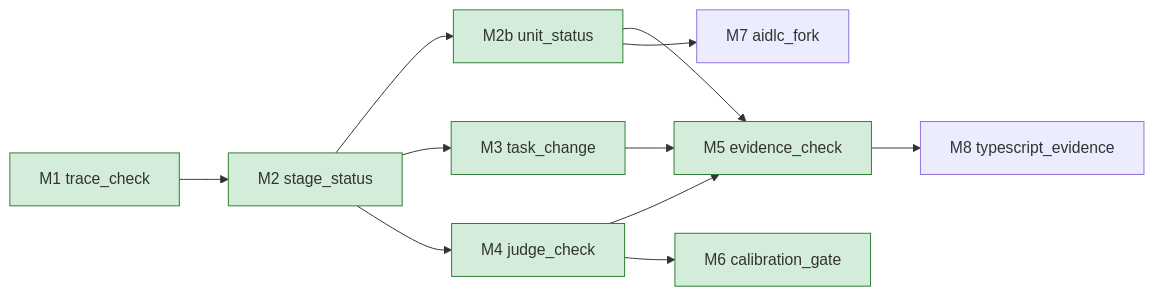
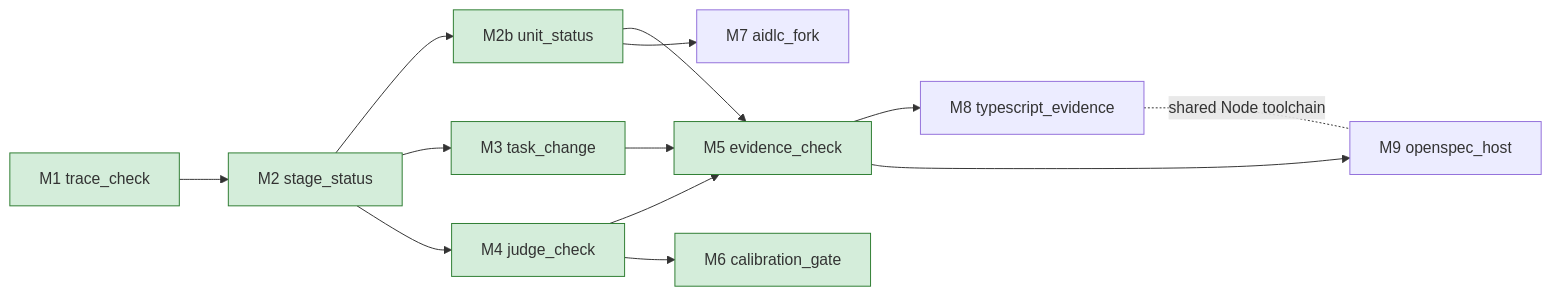
One commit to nullrul/earnest changed the diagram in docs/design/03-implementation-plan.md. Above: the diagram before and after it, drawn with Mermaid. The commit also changed other lines of this file and 14 other files, not shown here.

````diff
--- a/docs/design/03-implementation-plan.md
+++ b/docs/design/03-implementation-plan.md
@@ -15,15 +15,17 @@
 ```mermaid
 flowchart LR
   M1["M1 trace_check"] --> M2["M2 stage_status"]
   M2 --> M2b["M2b unit_status"]
   M2 --> M3["M3 task_change"]
   M2 --> M4["M4 judge_check"]
   M2b --> M5["M5 evidence_check"]
   M2b --> M7["M7 aidlc_fork"]
   M3 --> M5
   M4 --> M5
   M4 --> M6["M6 calibration_gate"]
   M5 --> M8["M8 typescript_evidence"]
+  M5 --> M9["M9 openspec_host"]
+  M8 -. shared Node toolchain .- M9
   classDef done fill:#d4edda,stroke:#2e7d32
   class M1,M2,M2b,M3,M4,M5,M6 done
 ```
````
